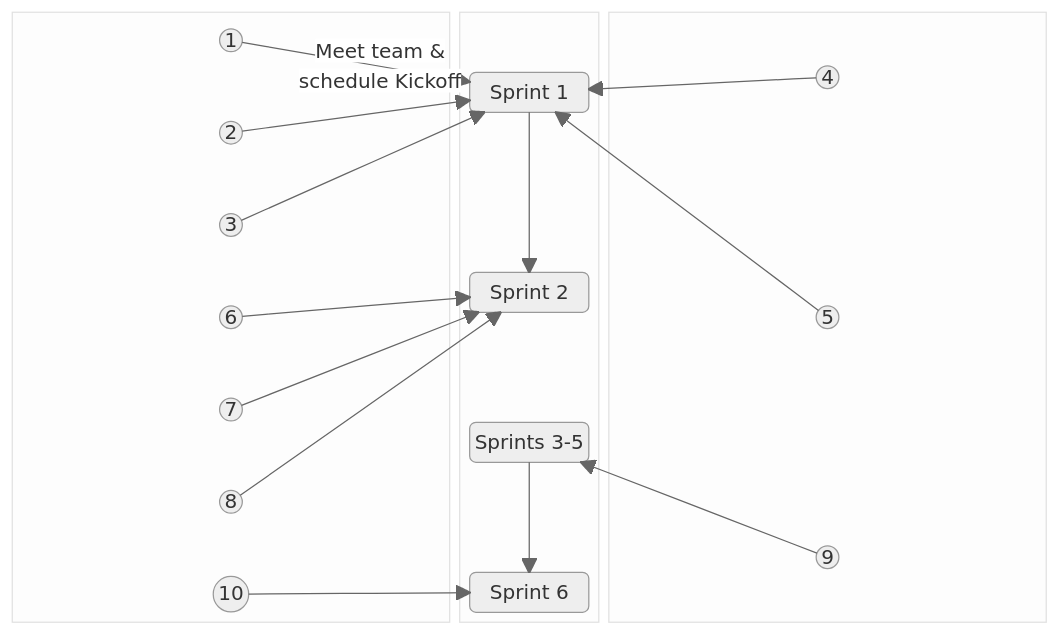
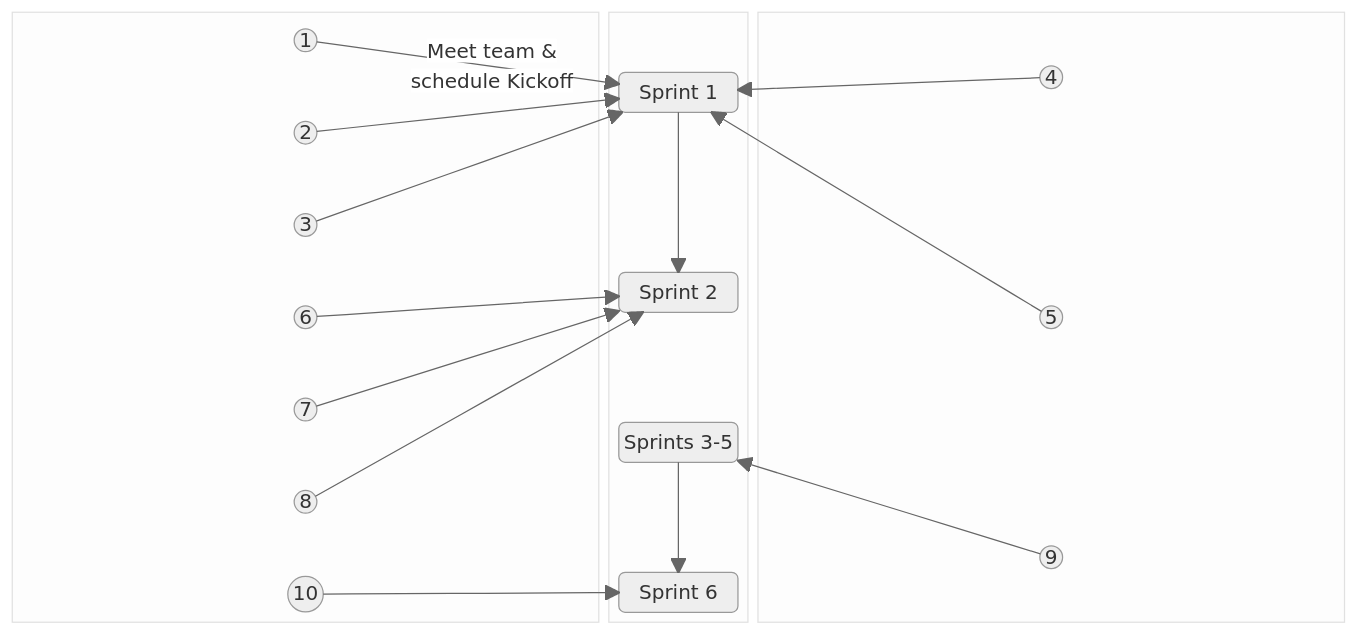
Before and after one commit to jdmedlock/mermaid_testing: the diagram in README.md, drawn with Mermaid (neutral theme).

Commit message:
Feature: Recreate linear sprint diagram

````diff
--- a/README.md
+++ b/README.md
@@ -4,59 +4,59 @@
 ```mermaid
   block-beta
-    columns 7
-    block:LEFT:3
+    columns 9
+    block:LEFT:4
       columns 1
       A1(("1"))
       space
       A2(("2"))
       space
       A3(("3"))
       space
       A6(("6"))
       space
       A7(("7"))
       space
       A8(("8"))
       space
       A10(("10"))
     end
     
     block:CENTER:1
       columns 1
       space
       SPRINT1("Sprint 1")
       space
       space
       space
       SPRINT2("Sprint 2")
       space
       space
       SPRINT35("Sprints 3-5")
       space
       space
       SPRINT6("Sprint 6")
     end
     
-    block:RIGHT:3
+    block:RIGHT:4
       columns 1
       A4(("4"))
       space
       A5(("5"))
       space
       A9(("9"))
     end
 
     SPRINT1 --> SPRINT2
     SPRINT35 --> SPRINT6
 
     A1 -- "Meet team &</br>schedule Kickoff" --> SPRINT1
     A2 ----> SPRINT1
     A3 ----> SPRINT1
     A4 ----> SPRINT1
     A5 ----> SPRINT1
     A6 ----> SPRINT2
     A7 ----> SPRINT2
     A8 ----> SPRINT2
     A9 ----> SPRINT35
     A10 ----> SPRINT6
 ```
````
